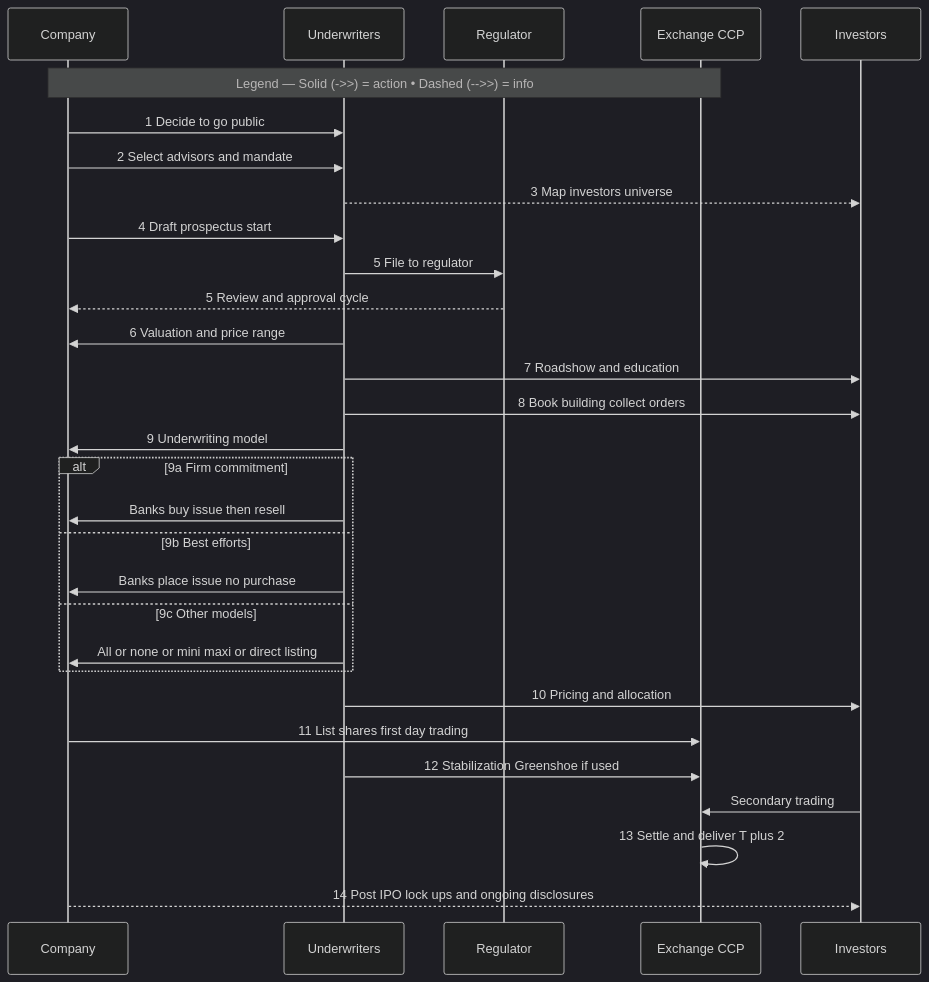
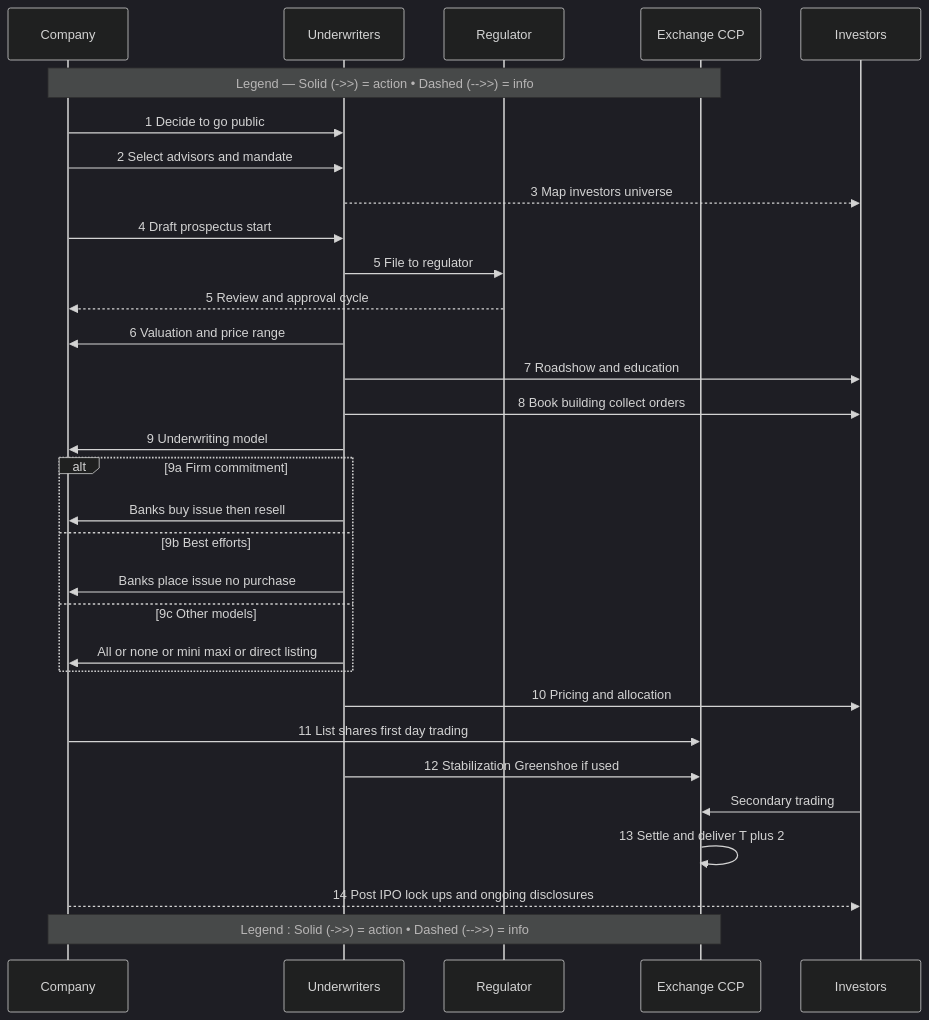
One commit to CheickPaul/Finance-Python-Learning-Portfolio changed the second of 2 diagrams in epat--quantinsti/modules/m01_epat_primer/primer02_stock_market_basics/ipo_process.md. Above: the diagram before and after it, drawn with Mermaid (dark theme).

````diff
--- a/epat--quantinsti/modules/m01_epat_primer/primer02_stock_market_basics/ipo_process.md
+++ b/epat--quantinsti/modules/m01_epat_primer/primer02_stock_market_basics/ipo_process.md
@@ -64,37 +64,38 @@
 ```mermaid
 sequenceDiagram
   participant Co as Company
   participant UW as Underwriters
   participant Reg as Regulator
   participant Ex as Exchange CCP
   participant Inv as Investors
 Note over Co,Ex: Legend — Solid (->>) = action • Dashed (-->>) = info
 
   Co->>UW: 1 Decide to go public
   Co->>UW: 2 Select advisors and mandate
   UW-->>Inv: 3 Map investors universe
 
   Co->>UW: 4 Draft prospectus start
   UW->>Reg: 5 File to regulator
   Reg-->>Co: 5 Review and approval cycle
 
   UW->>Co: 6 Valuation and price range
   UW->>Inv: 7 Roadshow and education
   UW->>Inv: 8 Book building collect orders
 
   UW->>Co: 9 Underwriting model
   alt 9a Firm commitment
     UW->>Co: Banks buy issue then resell
   else 9b Best efforts
     UW->>Co: Banks place issue no purchase
   else 9c Other models
     UW->>Co: All or none or mini maxi or direct listing
   end
 
   UW->>Inv: 10 Pricing and allocation
   Co->>Ex: 11 List shares first day trading
   UW->>Ex: 12 Stabilization Greenshoe if used
   Inv->>Ex: Secondary trading
   Ex->>Ex: 13 Settle and deliver T plus 2
   Co-->>Inv: 14 Post IPO lock ups and ongoing disclosures
+Note over Co,Ex: Legend : Solid (->>) = action • Dashed (-->>) = info
   ```
````
